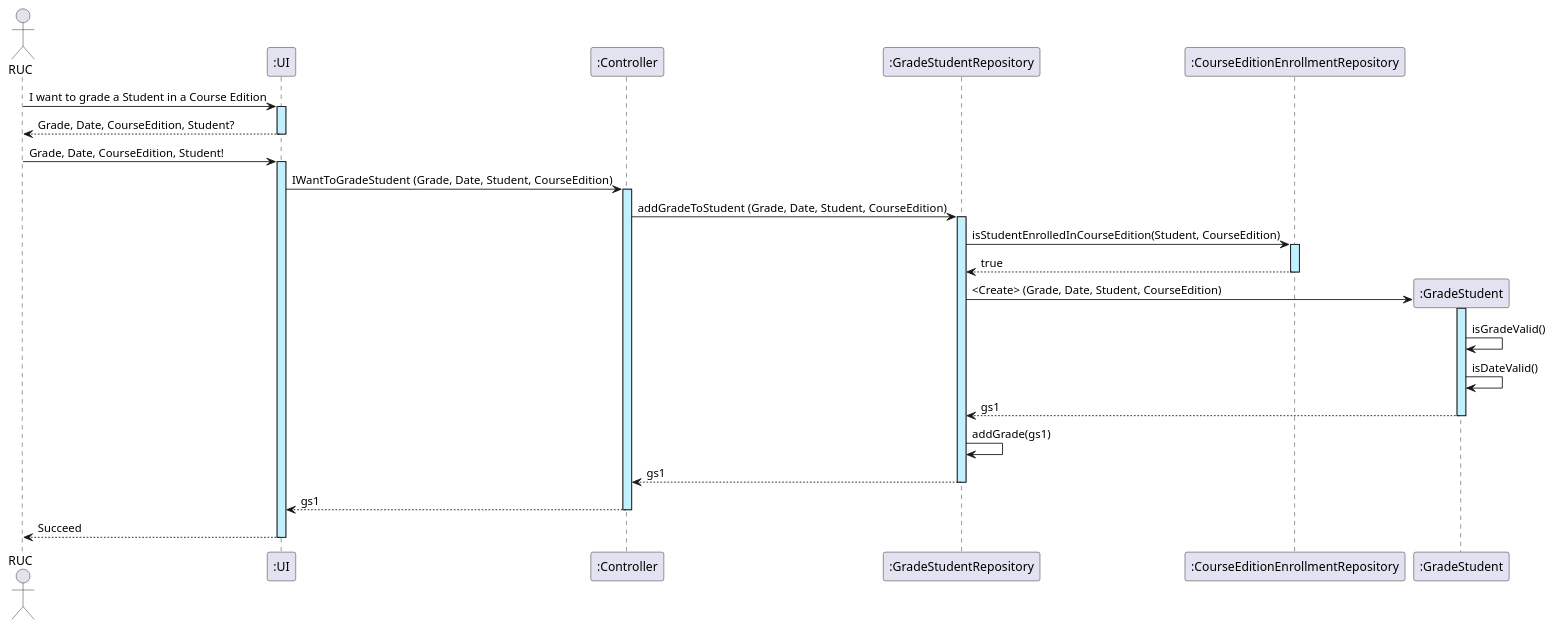
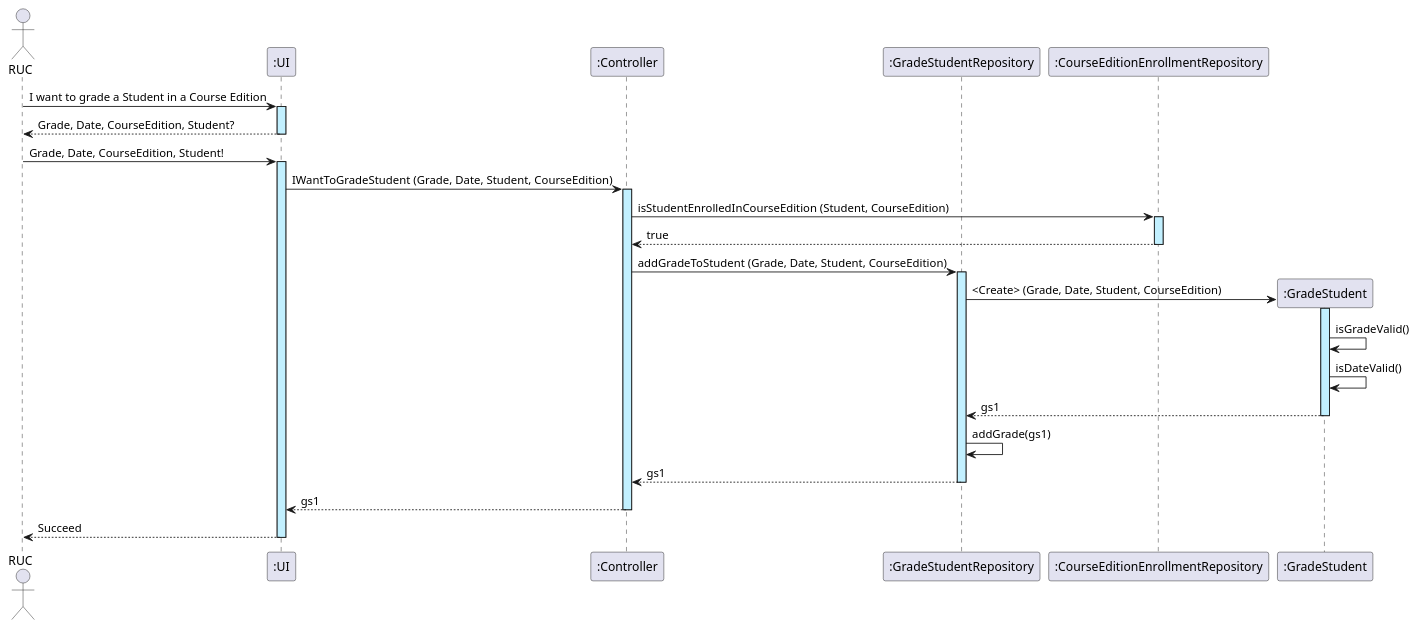
Before and after one commit to GasparISEP/DevOps-PAI: the diagram in docs/sequenceDiagrams/US22/US22_GradeAStudentInACourseEdition.puml, drawn with PlantUML.

Commit message:
Changed Sequence Diagram of US 22

```diff
--- a/docs/sequenceDiagrams/US22/US22_GradeAStudentInACourseEdition.puml
+++ b/docs/sequenceDiagrams/US22/US22_GradeAStudentInACourseEdition.puml
@@ -1,28 +1,30 @@
 @startuml
 actor RUC
 participant ":UI" as UI
 participant ":Controller" as ctr
 participant ":GradeStudentRepository" as GR
 participant ":CourseEditionEnrollmentRepository" as CEER
 
 RUC -> UI ++ #application: I want to grade a Student in a Course Edition
 UI --> RUC --: Grade, Date, CourseEdition, Student?
 RUC -> UI ++ #application: Grade, Date, CourseEdition, Student!
 UI -> ctr ++ #application : IWantToGradeStudent (Grade, Date, Student, CourseEdition)
+ctr -> CEER ++ #application : isStudentEnrolledInCourseEdition (Student, CourseEdition)
+CEER --> ctr -- : true
+
+
 ctr -> GR ++ #application : addGradeToStudent (Grade, Date, Student, CourseEdition)
 
-GR -> CEER ++ #application : isStudentEnrolledInCourseEdition(Student, CourseEdition)
-CEER --> GR -- : true
 
 create ":GradeStudent" as GS
 GR -> GS ++ #application : <Create> (Grade, Date, Student, CourseEdition)
 GS -> GS : isGradeValid()
 GS -> GS : isDateValid()
 GS --> GR -- : gs1
 
 GR -> GR : addGrade(gs1)
 GR --> ctr --: gs1
 ctr --> UI --: gs1
 UI --> RUC --: Succeed
 
 @enduml
```
